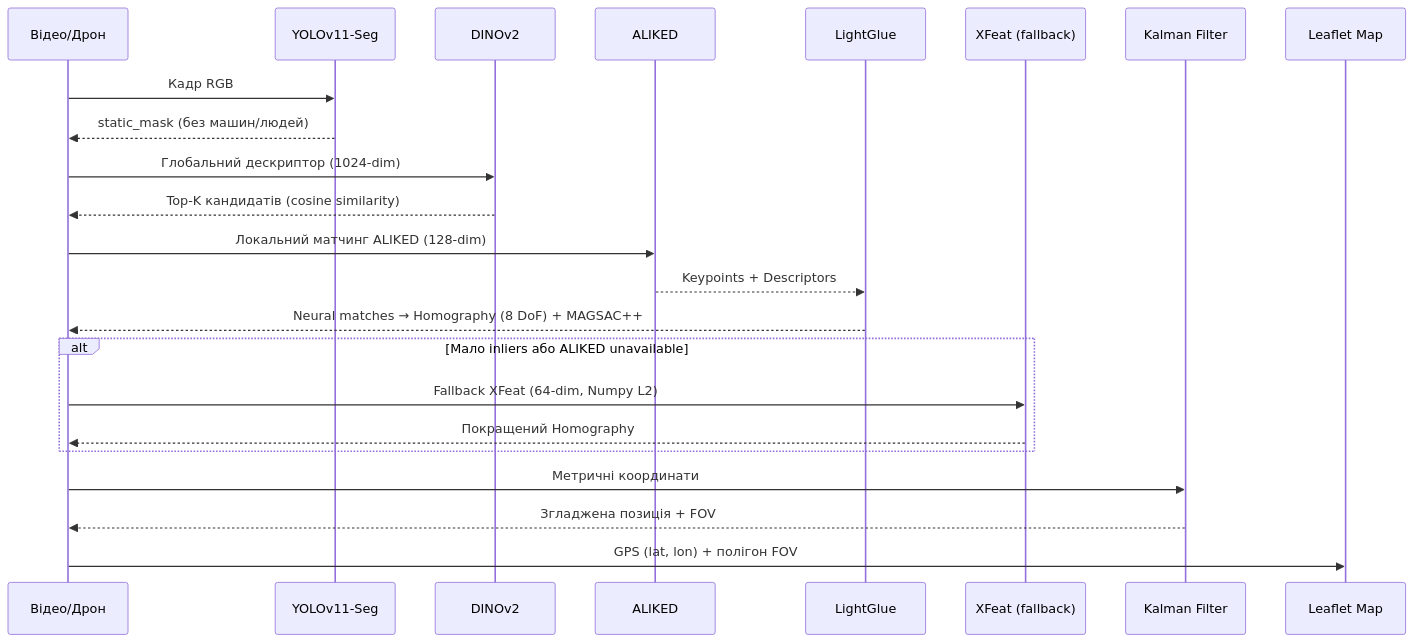
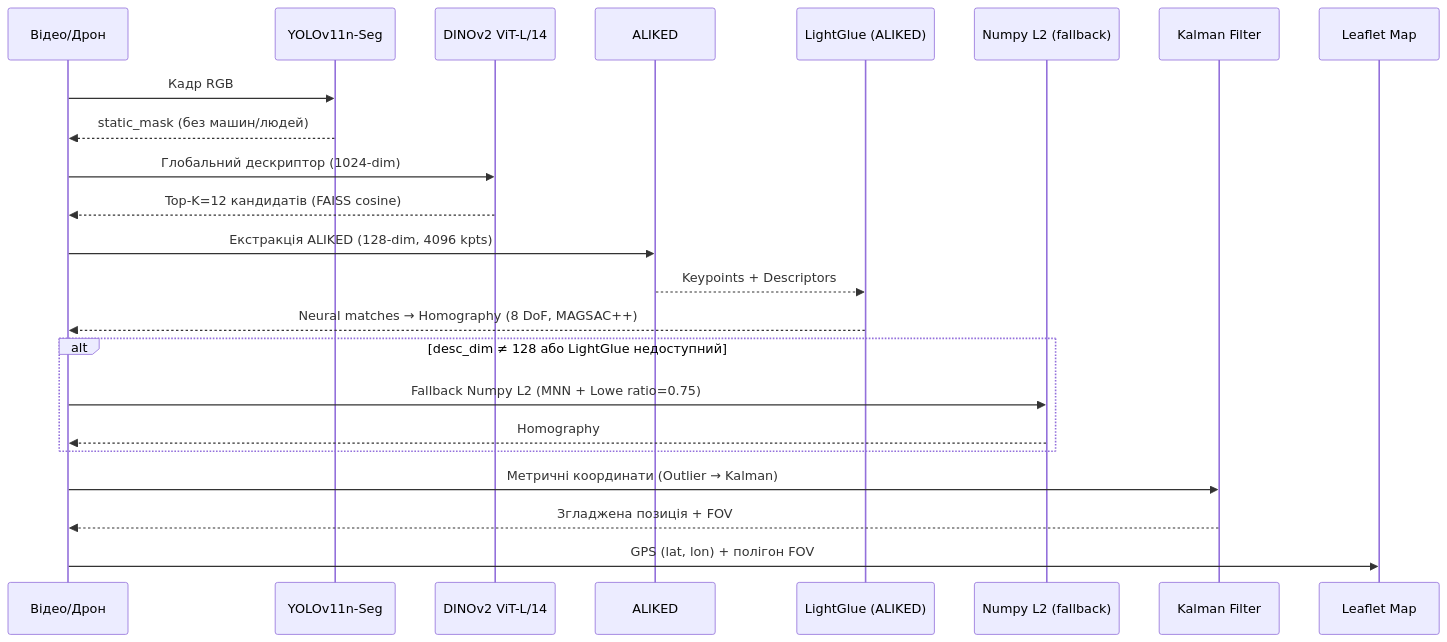
The second of 3 diagrams in docs/project_analysis.md (horyniuk-stepan-dev/DroneLocalization), drawn with Mermaid before and after one commit. The commit also changed other lines of this file and 16 other files, not shown here.

````diff
--- a/docs/project_analysis.md
+++ b/docs/project_analysis.md
@@ -75,26 +141,26 @@
 ```mermaid
 sequenceDiagram
     participant V as Відео/Дрон
-    participant Y as YOLOv11-Seg
-    participant D as DINOv2
+    participant Y as YOLOv11n-Seg
+    participant D as DINOv2 ViT-L/14
     participant A as ALIKED
-    participant LG as LightGlue
-    participant X as XFeat (fallback)
+    participant LG as LightGlue (ALIKED)
+    participant NP as Numpy L2 (fallback)
     participant K as Kalman Filter
     participant Map as Leaflet Map
 
     V->>Y: Кадр RGB
     Y-->>V: static_mask (без машин/людей)
     V->>D: Глобальний дескриптор (1024-dim)
-    D-->>V: Top-K кандидатів (cosine similarity)
-    V->>A: Локальний матчинг ALIKED (128-dim)
+    D-->>V: Top-K=12 кандидатів (FAISS cosine)
+    V->>A: Екстракція ALIKED (128-dim, 4096 kpts)
     A-->>LG: Keypoints + Descriptors
-    LG-->>V: Neural matches → Homography (8 DoF) + MAGSAC++
-    alt Мало inliers або ALIKED unavailable
-        V->>X: Fallback XFeat (64-dim, Numpy L2)
-        X-->>V: Покращений Homography
+    LG-->>V: Neural matches → Homography (8 DoF, MAGSAC++)
+    alt desc_dim ≠ 128 або LightGlue недоступний
+        V->>NP: Fallback Numpy L2 (MNN + Lowe ratio=0.75)
+        NP-->>V: Homography
     end
-    V->>K: Метричні координати
+    V->>K: Метричні координати (Outlier → Kalman)
     K-->>V: Згладжена позиція + FOV
     V->>Map: GPS (lat, lon) + полігон FOV
 ```
````
